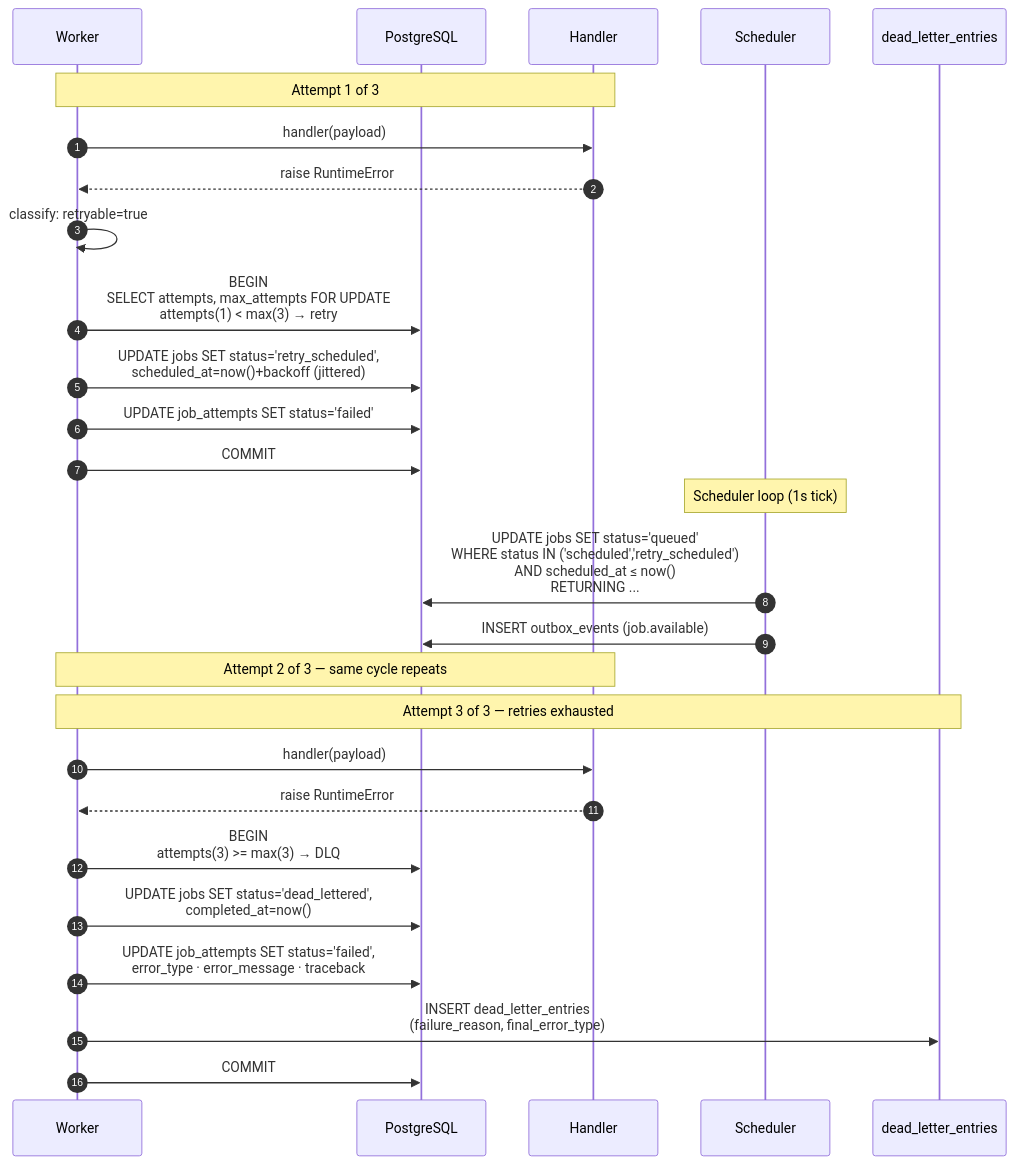
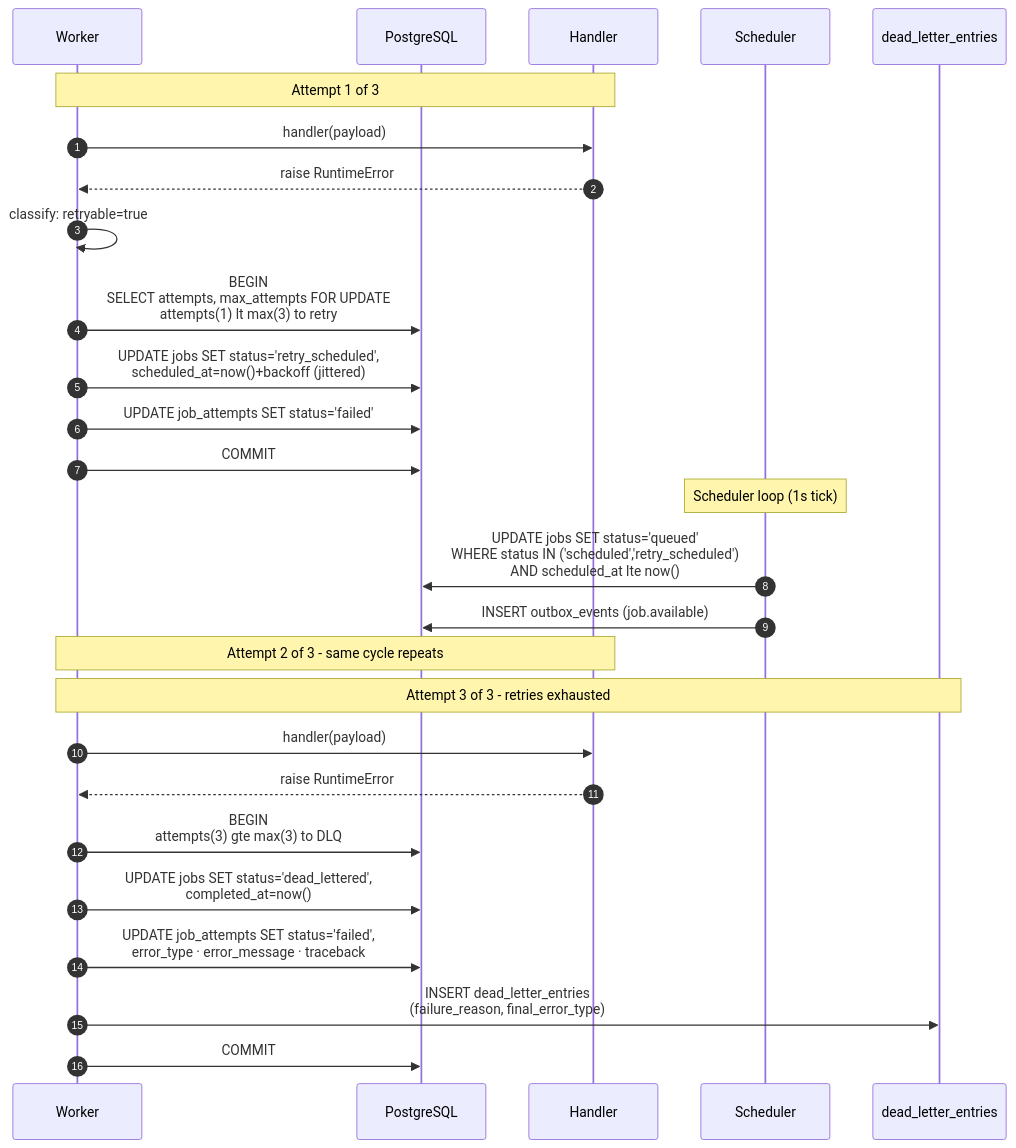
The fourth of 5 diagrams in README.md (Olufemooshegs/taskforge), drawn with Mermaid before and after one commit. The commit also changed other lines of this file, not shown here.

````diff
--- a/README.md
+++ b/README.md
@@ -247,33 +394,33 @@
 ```mermaid
 sequenceDiagram
     autonumber
     participant W as Worker
     participant DB as PostgreSQL
     participant H as Handler
     participant S as Scheduler
     participant DLQ as dead_letter_entries
 
     Note over W,H: Attempt 1 of 3
     W->>H: handler(payload)
     H-->>W: raise RuntimeError
     W->>W: classify: retryable=true
-    W->>DB: BEGIN<br/>SELECT attempts, max_attempts FOR UPDATE<br/>attempts(1) < max(3) → retry
+    W->>DB: BEGIN<br/>SELECT attempts, max_attempts FOR UPDATE<br/>attempts(1) lt max(3) to retry
     W->>DB: UPDATE jobs SET status='retry_scheduled',<br/>scheduled_at=now()+backoff (jittered)
     W->>DB: UPDATE job_attempts SET status='failed'
     W->>DB: COMMIT
 
     Note over S: Scheduler loop (1s tick)
-    S->>DB: UPDATE jobs SET status='queued'<br/>WHERE status IN ('scheduled','retry_scheduled')<br/>AND scheduled_at ≤ now()<br/>RETURNING ...
+    S->>DB: UPDATE jobs SET status='queued'<br/>WHERE status IN ('scheduled','retry_scheduled')<br/>AND scheduled_at lte now()
     S->>DB: INSERT outbox_events (job.available)
 
-    Note over W,H: Attempt 2 of 3 — same cycle repeats
+    Note over W,H: Attempt 2 of 3 - same cycle repeats
 
-    Note over W,DLQ: Attempt 3 of 3 — retries exhausted
+    Note over W,DLQ: Attempt 3 of 3 - retries exhausted
     W->>H: handler(payload)
     H-->>W: raise RuntimeError
-    W->>DB: BEGIN<br/>attempts(3) >= max(3) → DLQ
+    W->>DB: BEGIN<br/>attempts(3) gte max(3) to DLQ
     W->>DB: UPDATE jobs SET status='dead_lettered',<br/>completed_at=now()
     W->>DB: UPDATE job_attempts SET status='failed',<br/>error_type · error_message · traceback
     W->>DLQ: INSERT dead_letter_entries<br/>(failure_reason, final_error_type)
     W->>DB: COMMIT
 ```
````
